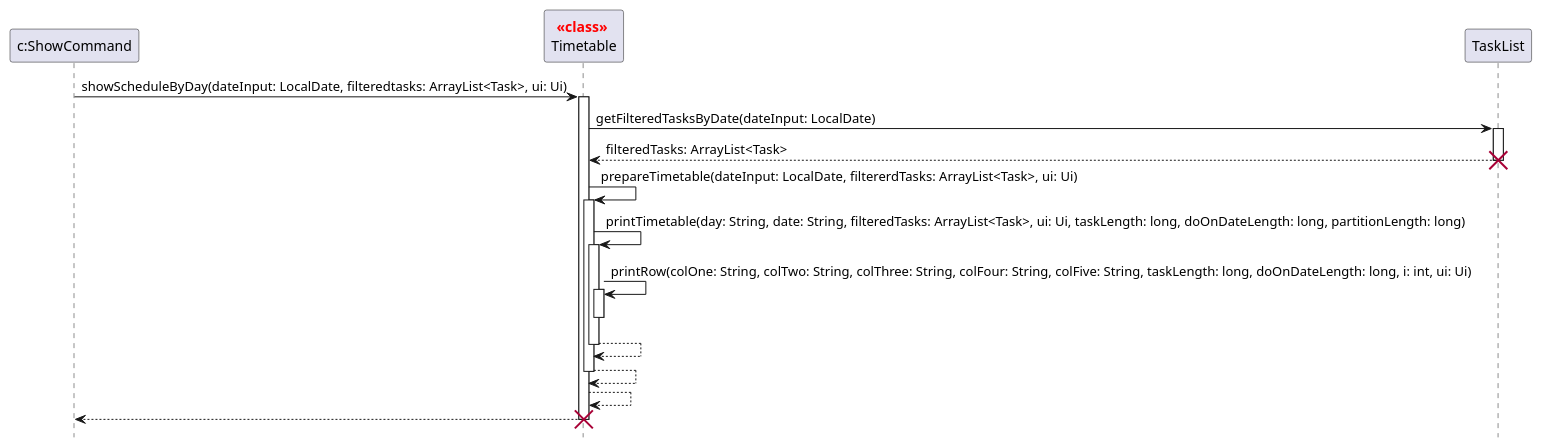
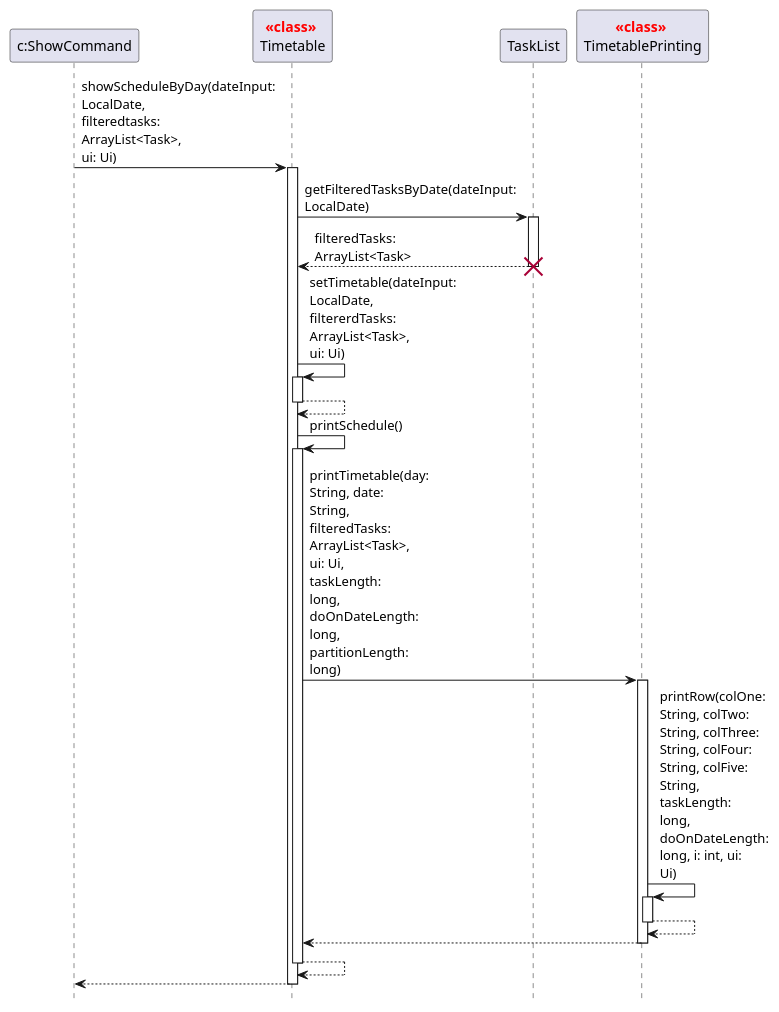
The diagram in docs/puml/showScheduleForADateTwo.puml (nus-cs2113-AY2122S2/tp), drawn with PlantUML before and after one commit. The commit also changed 8 other files, not shown here.

```diff
--- a/docs/puml/showScheduleForADateTwo.puml
+++ b/docs/puml/showScheduleForADateTwo.puml
@@ -1,34 +1,44 @@
 @startuml
+skinparam maxMessageSize 100
 
 hide footbox
 participant "c:ShowCommand" as ShowCommand
 participant "<font color=red>**<<class>>** \nTimetable" as Timetable
+participant "TaskList" as TaskList
+participant "<font color=red>**<<class>>** \nTimetablePrinting" as TimetablePrinting
 
 ShowCommand -> Timetable: showScheduleByDay(dateInput: LocalDate, filteredtasks: ArrayList<Task>, ui: Ui)
 activate Timetable
 
 Timetable -> TaskList: getFilteredTasksByDate(dateInput: LocalDate)
 activate TaskList
 TaskList --> Timetable: filteredTasks: ArrayList<Task>
 deactivate TaskList
 destroy TaskList
 
-Timetable -> Timetable: prepareTimetable(dateInput: LocalDate, filtererdTasks: ArrayList<Task>, ui: Ui)
+Timetable -> Timetable: setTimetable(dateInput: LocalDate, filtererdTasks: ArrayList<Task>, ui: Ui)
 activate Timetable
-Timetable -> Timetable: printTimetable(day: String, date: String, filteredTasks: ArrayList<Task>, ui: Ui, taskLength: long, doOnDateLength: long, partitionLength: long)
-activate Timetable
-Timetable -> Timetable: printRow(colOne: String, colTwo: String, colThree: String, colFour: String, colFive: String, taskLength: long, doOnDateLength: long, i: int, ui: Ui)
-activate Timetable
-deactivate Timetable
 Timetable --> Timetable
 deactivate Timetable
+Timetable -> Timetable: printSchedule()
+activate Timetable
+
+Timetable -> TimetablePrinting: printTimetable(day: String, date: String, filteredTasks: ArrayList<Task>, ui: Ui, taskLength: long, doOnDateLength: long, partitionLength: long)
+activate TimetablePrinting
+TimetablePrinting -> TimetablePrinting: printRow(colOne: String, colTwo: String, colThree: String, colFour: String, colFive: String, taskLength: long, doOnDateLength: long, i: int, ui: Ui)
+activate TimetablePrinting
+TimetablePrinting --> TimetablePrinting
+deactivate TimetablePrinting
+
+TimetablePrinting --> Timetable
+deactivate TimetablePrinting
+
 Timetable --> Timetable
 deactivate Timetable
-Timetable --> Timetable
 
 Timetable --> ShowCommand
 deactivate Timetable
-destroy Timetable
+
 
 
 @enduml
```
